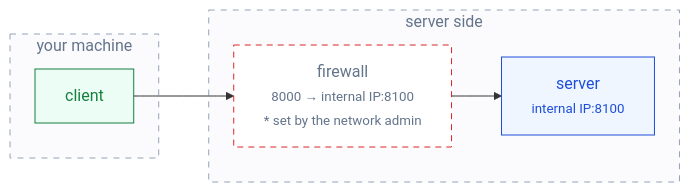
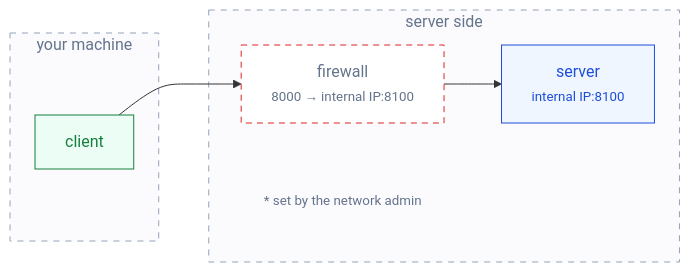
The second of 4 diagrams in _posts/ko/2026-09-16-proxy-and-port-forwarding.md (ssyrc/ssyrc.github.io), drawn with Mermaid before and after one commit. The commit also changed other lines of this file and 2 other files, not shown here.

````diff
--- a/_posts/ko/2026-09-16-proxy-and-port-forwarding.md
+++ b/_posts/ko/2026-09-16-proxy-and-port-forwarding.md
@@ -72,19 +72,23 @@
 ```mermaid
 flowchart LR
     subgraph LOCAL["your machine"]
         C["client"]
     end
     subgraph SRV["server side"]
-        F["firewall<br/><small>8000 &rarr; internal IP:8100</small><br/><small>* set by the network admin</small>"] --> S["server<br/><small>internal IP:8100</small>"]
+        F["firewall<br/><small>8000 &rarr; internal IP:8100</small>"] --> S["server<br/><small>internal IP:8100</small>"]
+        NOTE["<small>* set by the network admin</small>"]
     end
     C --> F
+    C ~~~ NOTE
     class C client
     class F kernel
     class S server
+    class NOTE note
     class LOCAL,SRV zone
     classDef client fill:#ecfdf5,stroke:#15803d,color:#15803d
     classDef proxy  fill:#fef2f2,stroke:#dc2626,color:#dc2626
     classDef server fill:#eff6ff,stroke:#1d4ed8,color:#1d4ed8
     classDef kernel fill:#ffffff,stroke:#dc2626,color:#64748b,stroke-dasharray:6 5
     classDef zone   fill:#fbfbfe,stroke:#94a3b8,color:#64748b,stroke-dasharray:6 6
+    classDef note   fill:none,stroke:none,color:#64748b
 ```
````
